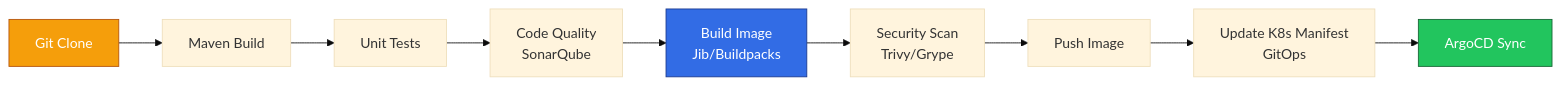
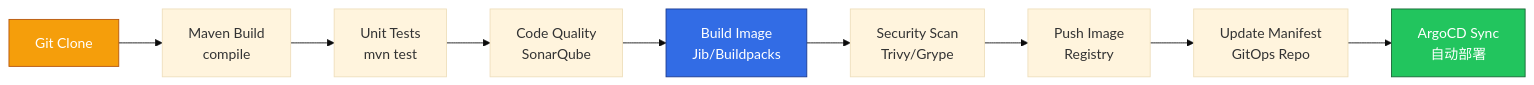
Before and after one commit to kudig-io/kudig-database: the first of 2 diagrams in domain-23-gitops-ci-cd/99-tekton-java-cicd-guide.md, drawn with Mermaid (base theme). The commit also changed other lines of this file and 8633 other files, not shown here.

````diff
--- a/domain-23-gitops-ci-cd/99-tekton-java-cicd-guide.md
+++ b/domain-23-gitops-ci-cd/99-tekton-java-cicd-guide.md
@@ -26,15 +83,15 @@
 ```mermaid
 graph LR
-    A[Git Clone] --> B[Maven Build]
-    B --> C[Unit Tests]
+    A[Git Clone] --> B[Maven Build<br/>compile]
+    B --> C[Unit Tests<br/>mvn test]
     C --> D[Code Quality<br/>SonarQube]
     D --> E[Build Image<br/>Jib/Buildpacks]
     E --> F[Security Scan<br/>Trivy/Grype]
-    F --> G[Push Image]
-    G --> H[Update K8s Manifest<br/>GitOps]
-    H --> I[ArgoCD Sync]
+    F --> G[Push Image<br/>Registry]
+    G --> H[Update Manifest<br/>GitOps Repo]
+    H --> I[ArgoCD Sync<br/>自动部署]
 
     style A fill:#f59e0b,stroke:#b45309,color:#fff
     style E fill:#326ce5,stroke:#1a3a8f,color:#fff
     style I fill:#22c55e,stroke:#166534,color:#fff
 ```
````
